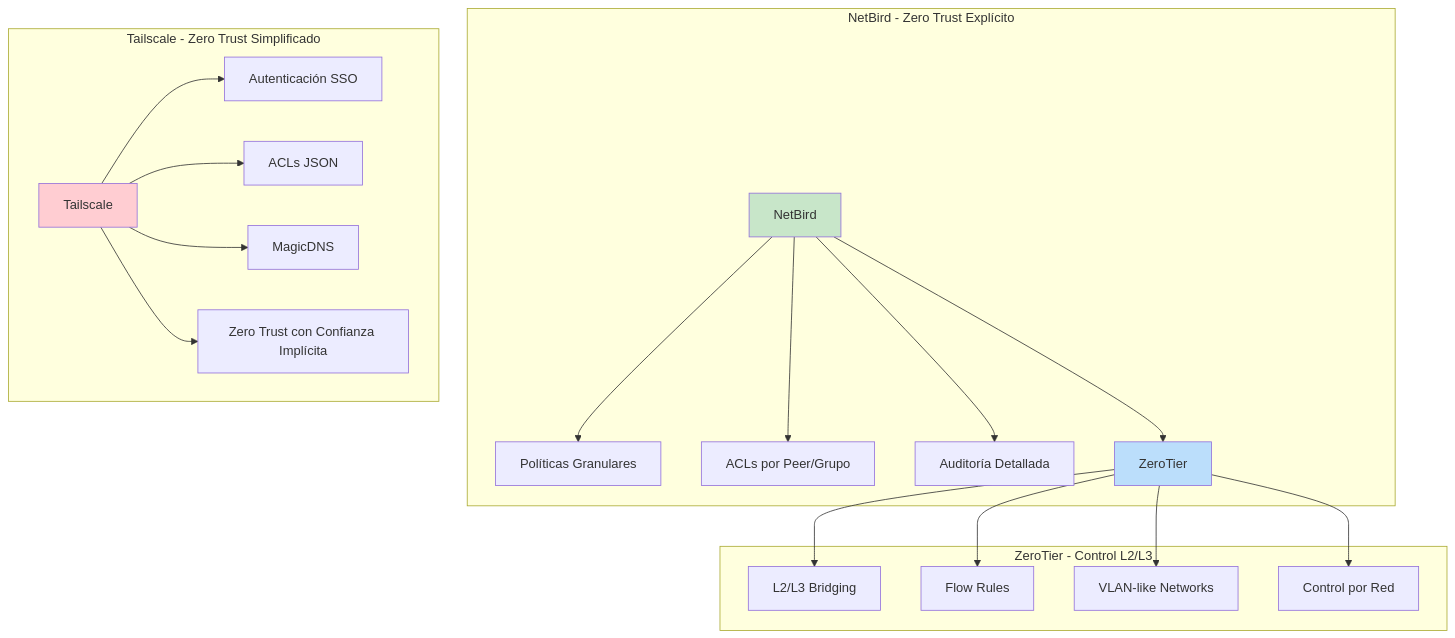
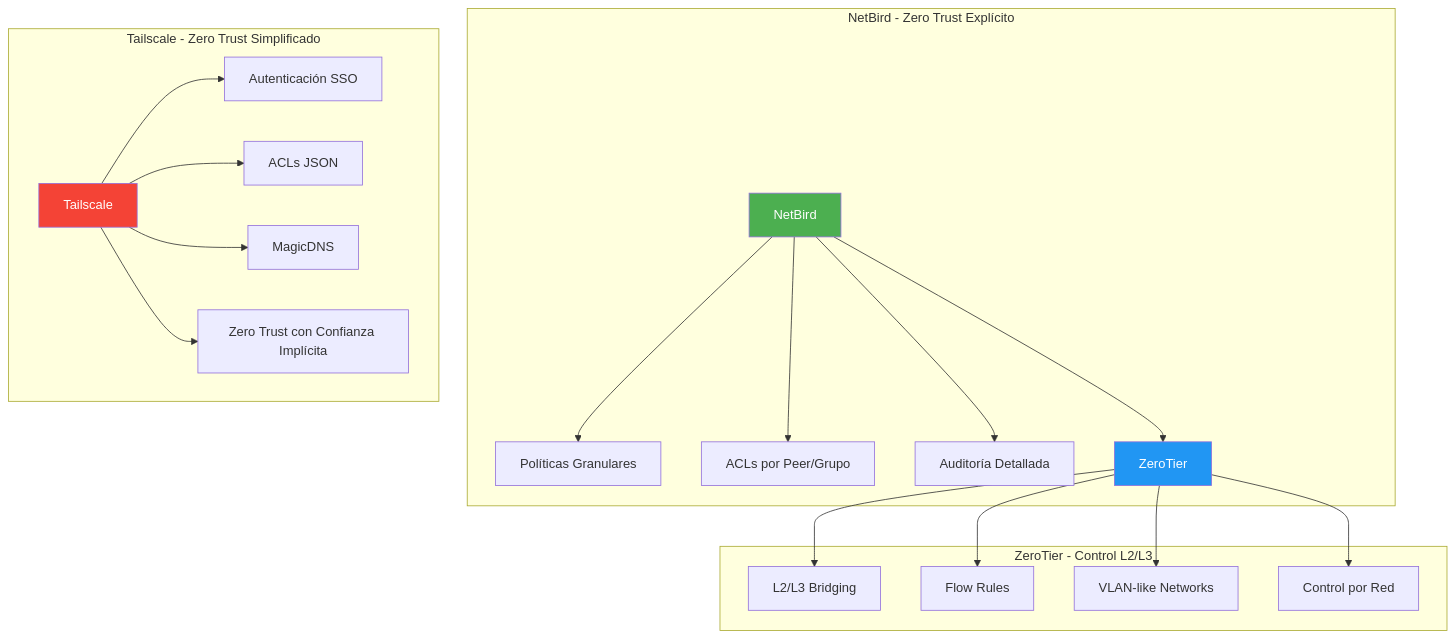
Before and after one commit to rasty94/Frikiteam-docs: the third of 3 diagrams in docs/doc/networking/compare.md, drawn with Mermaid. The commit also changed other lines of this file, not shown here.

First line of the commit message:
fix: Mejorar contraste de colores en diagramas de comparación networking

````diff
--- a/docs/doc/networking/compare.md
+++ b/docs/doc/networking/compare.md
@@ -95,30 +95,30 @@
 ```mermaid
 graph TB
     subgraph "NetBird - Zero Trust Explícito"
         NB[NetBird]
         NB --> POL[Políticas Granulares]
         NB --> ACL[ACLs por Peer/Grupo]
         NB --> AUD[Auditoría Detallada]
         NB --> ZT[Zero Trust Architecture]
     end
 
     subgraph "Tailscale - Zero Trust Simplificado"
         TS[Tailscale]
         TS --> SSO[Autenticación SSO]
         TS --> ACL2[ACLs JSON]
         TS --> DNS2[MagicDNS]
         TS --> ZT2[Zero Trust con Confianza Implícita]
     end
 
     subgraph "ZeroTier - Control L2/L3"
         ZT[ZeroTier]
         ZT --> L2[L2/L3 Bridging]
         ZT --> RULES[Flow Rules]
         ZT --> VLAN[VLAN-like Networks]
         ZT --> NET[Control por Red]
     end
 
-    style NB fill:#c8e6c9
-    style TS fill:#ffcdd2
-    style ZT fill:#bbdefb
+    style NB fill:#4caf50,color:#ffffff
+    style TS fill:#f44336,color:#ffffff
+    style ZT fill:#2196f3,color:#ffffff
 ```
````
